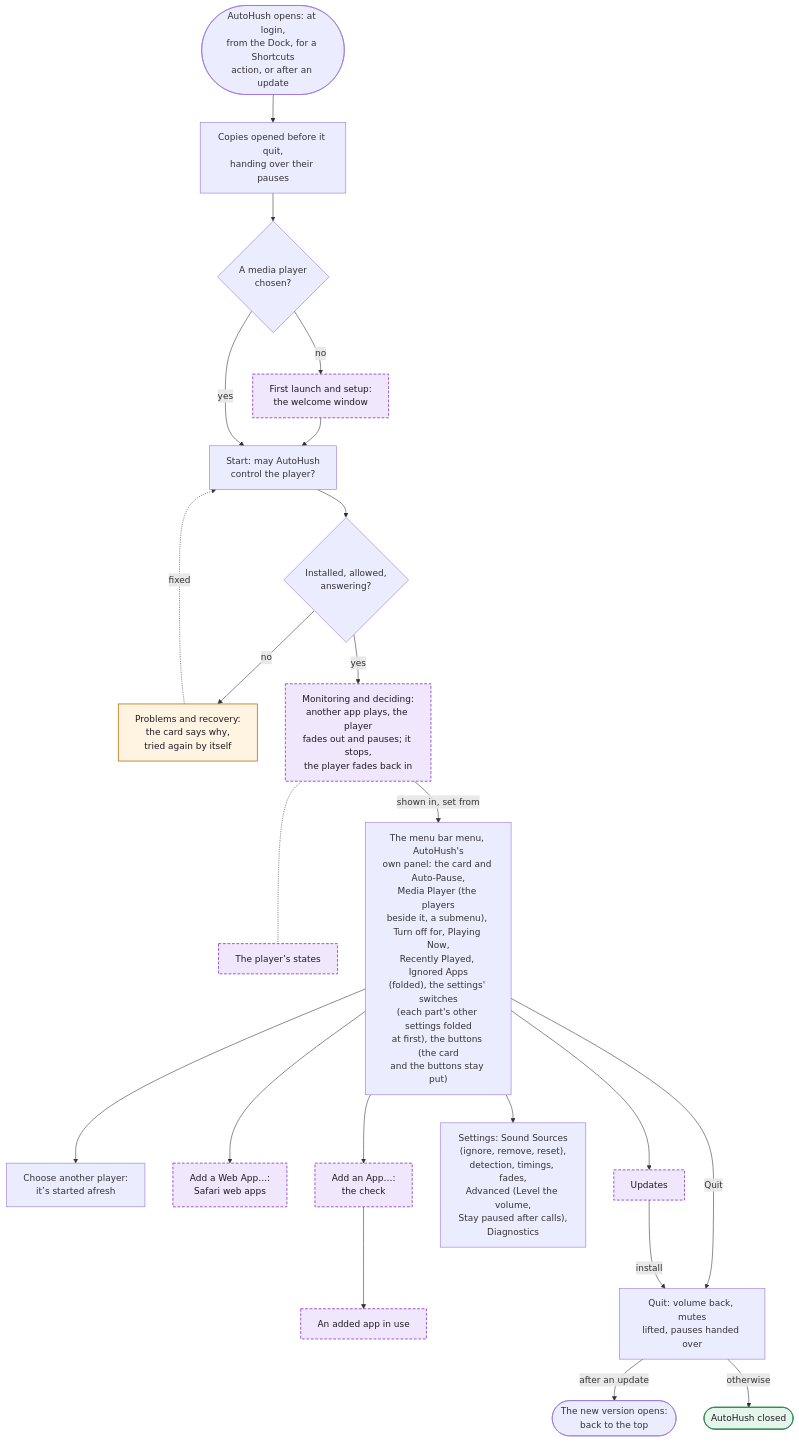
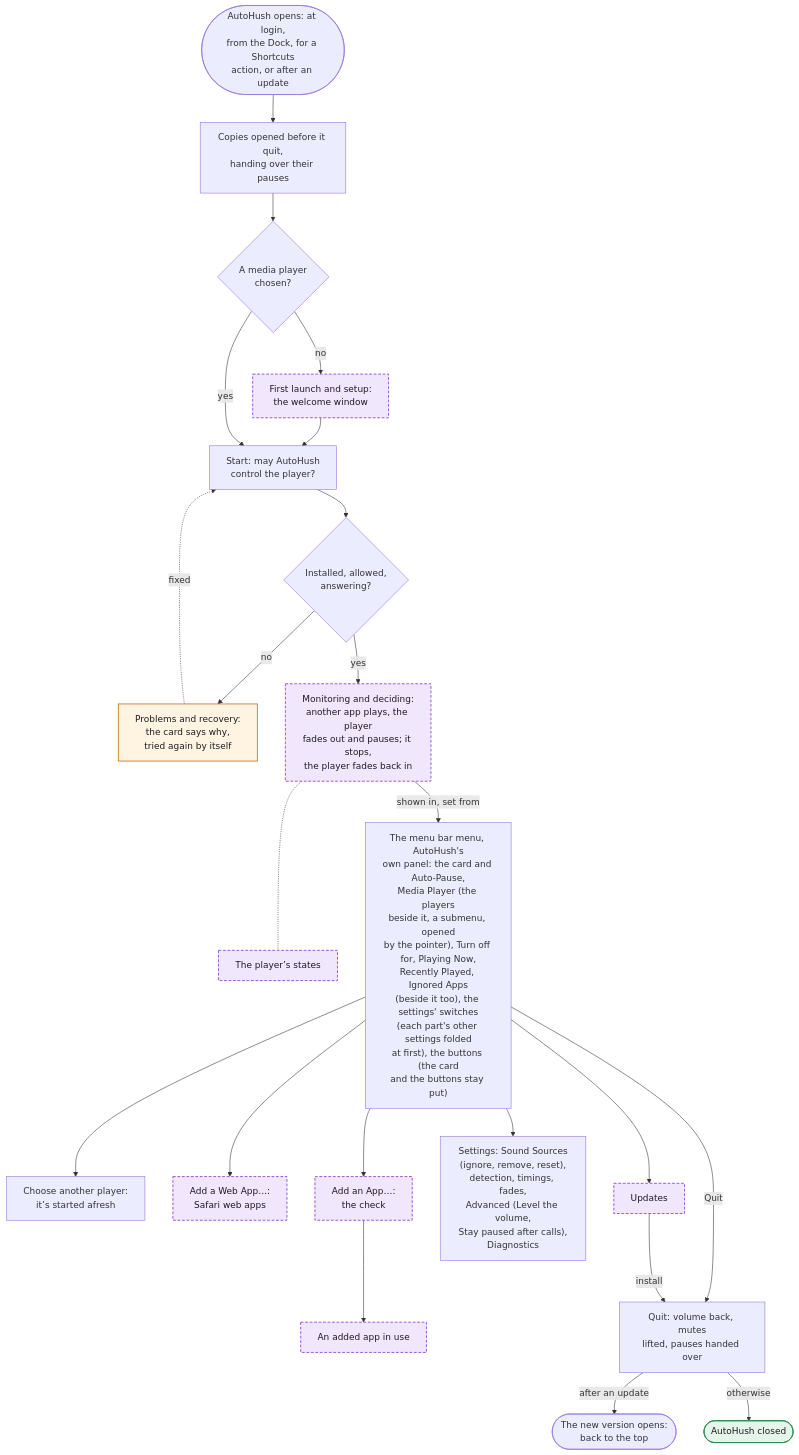
Before and after one commit to hfustercabre/AutoHush: the first of 14 diagrams in WORKFLOWS.md, drawn with Mermaid. The commit also changed 22 other files, not shown here.

````diff
--- a/WORKFLOWS.md
+++ b/WORKFLOWS.md
@@ -24,48 +24,48 @@
 ```mermaid
 flowchart TD
   L(["AutoHush opens: at login,<br/>from the Dock, for a Shortcuts<br/>action, or after an update"])
   O["Copies opened before it quit,<br/>handing over their pauses"]
   C{"A media player<br/>chosen?"}
   W["First launch and setup:<br/>the welcome window"]
   S["Start: may AutoHush<br/>control the player?"]
   P{"Installed, allowed,<br/>answering?"}
   R["Problems and recovery:<br/>the card says why,<br/>tried again by itself"]
   M["Monitoring and deciding:<br/>another app plays, the player<br/>fades out and pauses; it stops,<br/>the player fades back in"]
   ST["The player’s states"]
-  MENU["The menu bar menu, AutoHush's<br/>own panel: the card and Auto-Pause,<br/>Media Player (the players<br/>beside it, a submenu), Turn off for, Playing Now,<br/>Recently Played, Ignored Apps<br/>(folded), the settings' switches<br/>(each part's other settings folded<br/>at first), the buttons (the card<br/>and the buttons stay put)"]
+  MENU["The menu bar menu, AutoHush's<br/>own panel: the card and Auto-Pause,<br/>Media Player (the players<br/>beside it, a submenu, opened<br/>by the pointer), Turn off for, Playing Now,<br/>Recently Played, Ignored Apps<br/>(beside it too), the settings' switches<br/>(each part's other settings folded<br/>at first), the buttons (the card<br/>and the buttons stay put)"]
   CH["Choose another player:<br/>it’s started afresh"]
   WA["Add a Web App…:<br/>Safari web apps"]
   AA["Add an App…:<br/>the check"]
   AU["An added app in use"]
   SET["Settings: Sound Sources<br/>(ignore, remove, reset),<br/>detection, timings, fades,<br/>Advanced (Level the volume,<br/>Stay paused after calls),<br/>Diagnostics"]
   UP["Updates"]
   Q["Quit: volume back, mutes<br/>lifted, pauses handed over"]
   RL(["The new version opens:<br/>back to the top"])
   QX(["AutoHush closed"])
 
   L --> O --> C
   C -->|"no"| W --> S
   C -->|"yes"| S
   S --> P
   P -->|"no"| R
   R -.->|"fixed"| S
   P -->|"yes"| M
   M -.- ST
   M -->|"shown in, set from"| MENU
   MENU --> CH
   MENU --> WA
   MENU --> AA --> AU
   MENU --> SET
   MENU --> UP
   MENU -->|"Quit"| Q
   UP -->|"install"| Q
   Q -->|"after an update"| RL
   Q -->|"otherwise"| QX
 
   class W,M,ST,WA,AA,AU,UP ref
   class R warn
   class QX done
   classDef ref fill:#f1e7fc,stroke:#8a3fd1,stroke-width:1.5px,stroke-dasharray: 5 3,color:#1d1b22
   classDef warn fill:#fff3e2,stroke:#c47812,stroke-width:1.5px,color:#1d1b22
   classDef done fill:#e6f5eb,stroke:#2f8a50,stroke-width:1.5px,color:#1d1b22
 ```
````
